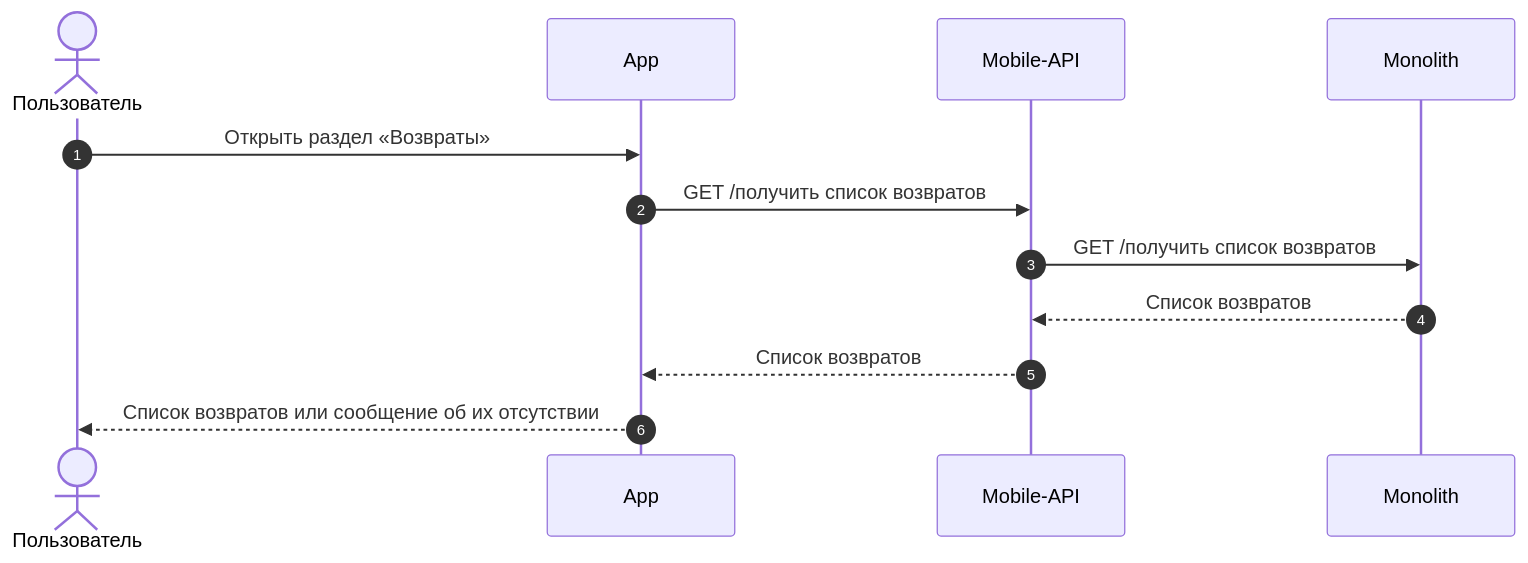
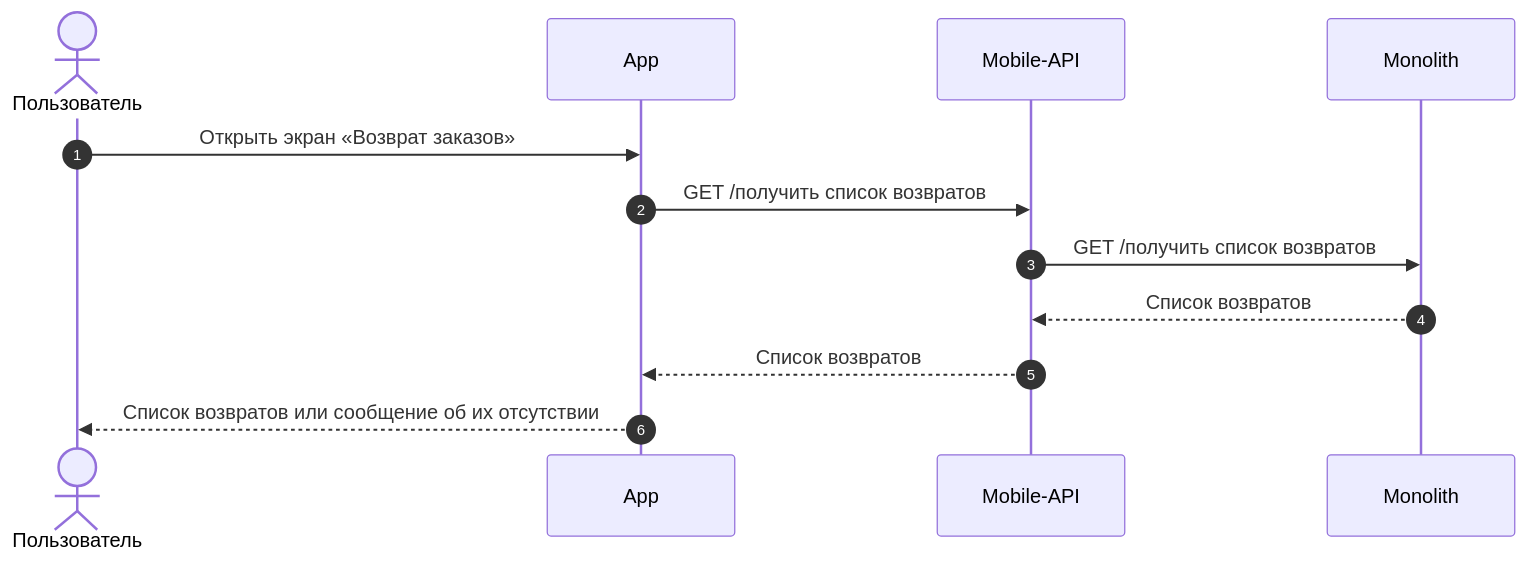
Diagram 21 of 24 in projects/returns-2.0/requirements/srs/srs-mobile-mvp.md (Terinss155/opencode-agents-analysis), drawn with Mermaid before and after one commit. The commit also changed other lines of this file and 135 other files, not shown here.

````diff
--- a/projects/returns-2.0/requirements/srs/srs-mobile-mvp.md
+++ b/projects/returns-2.0/requirements/srs/srs-mobile-mvp.md
@@ -1166,15 +1210,15 @@
 ```mermaid
 sequenceDiagram
     autonumber
     actor U as Пользователь
     participant APP as App
     participant API as Mobile-API
     participant MON as Monolith
 
-    U->>APP: Открыть раздел «Возвраты»
+    U->>APP: Открыть экран «Возврат заказов»
     APP->>API: GET /получить список возвратов
     API->>MON: GET /получить список возвратов
     MON-->>API: Список возвратов
     API-->>APP: Список возвратов
     APP-->>U: Список возвратов или сообщение об их отсутствии
 ```
````
